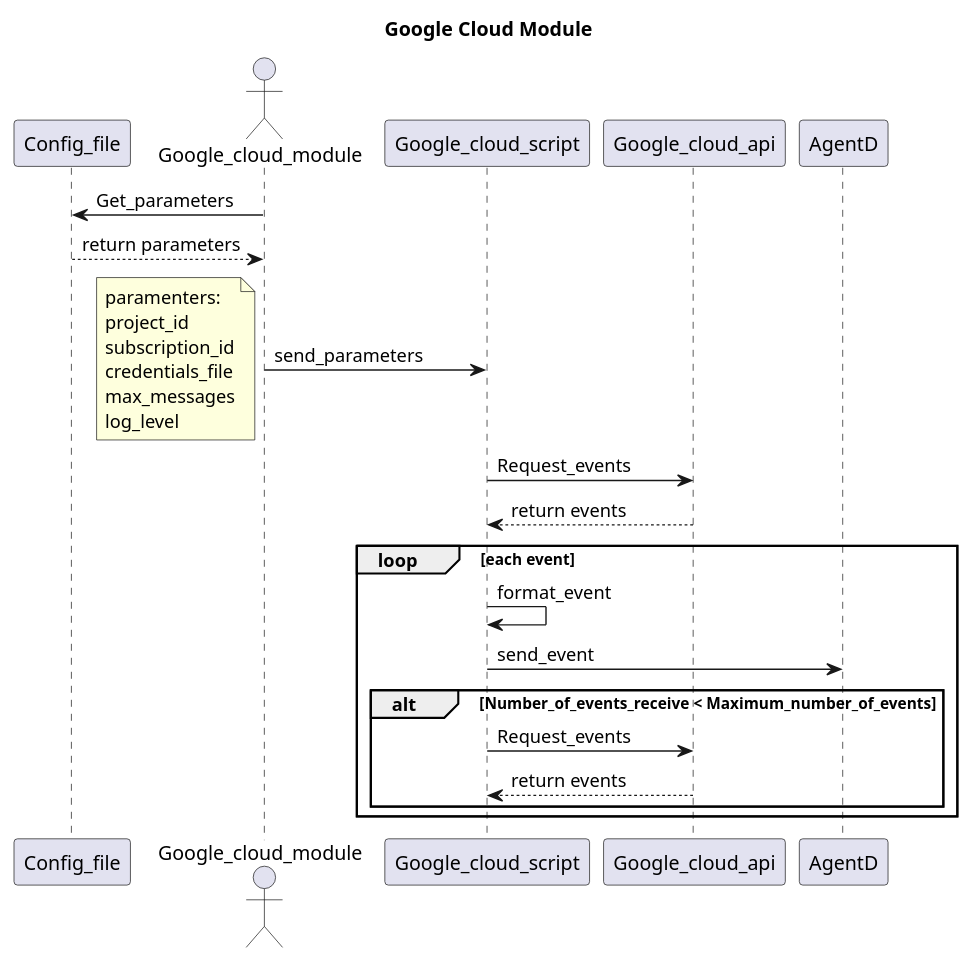
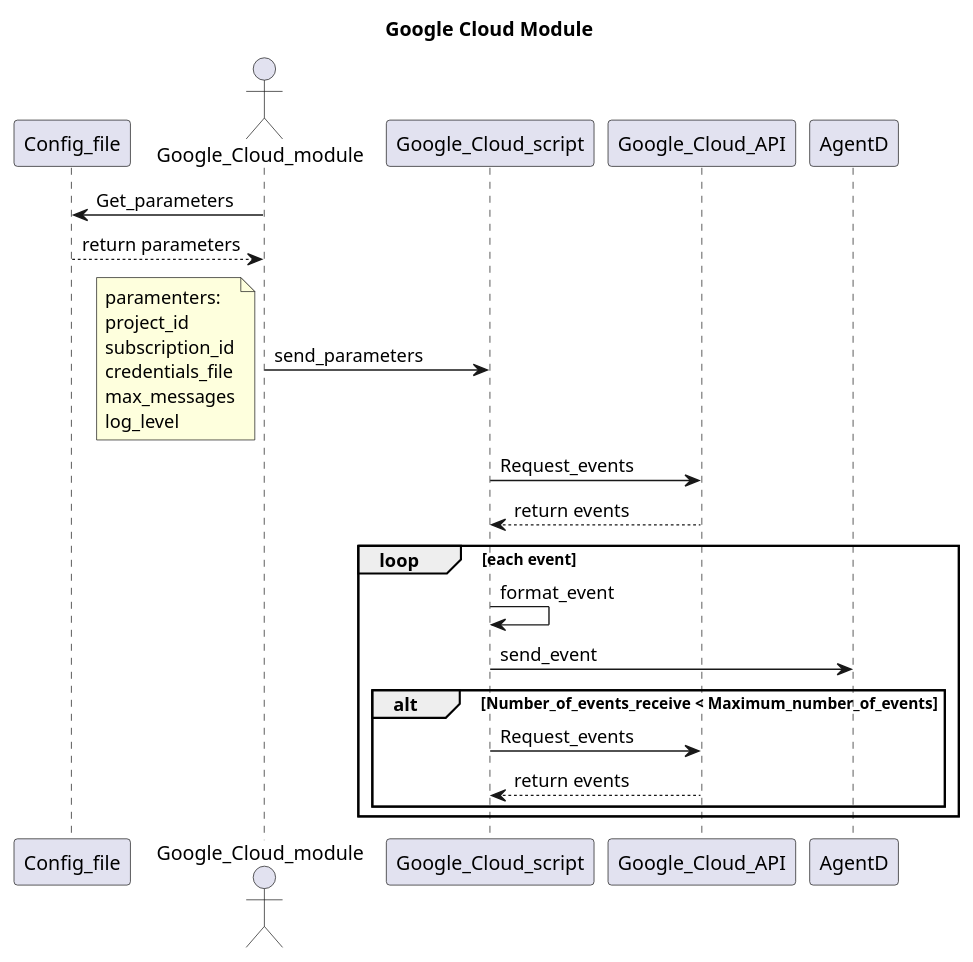
Before and after one commit to wazuh/wazuh-agent: the diagram in architecture/wm_gcp/001-sequence.puml, drawn with PlantUML. The commit also changed 1 other file, not shown here.

Commit message:
Minor fixes in sequence diagram and Readme

```diff
--- a/architecture/wm_gcp/001-sequence.puml
+++ b/architecture/wm_gcp/001-sequence.puml
@@ -5,36 +5,36 @@
 @startuml
 title Google Cloud Module
 
 participant Config_file
-actor Google_cloud_module
-participant Google_cloud_script
-participant Google_cloud_api
+actor Google_Cloud_module
+participant Google_Cloud_script
+participant Google_Cloud_API
 participant AgentD
 
-Google_cloud_module->Config_file: Get_parameters
-Config_file --> Google_cloud_module: return parameters
+Google_Cloud_module->Config_file: Get_parameters
+Config_file --> Google_Cloud_module: return parameters
 
-Google_cloud_module -> Google_cloud_script: send_parameters
+Google_Cloud_module -> Google_Cloud_script: send_parameters
 note left 
 paramenters:
 project_id
 subscription_id
 credentials_file
 max_messages
 log_level
 end note
 
-Google_cloud_script -> Google_cloud_api: Request_events
-Google_cloud_api --> Google_cloud_script: return events
+Google_Cloud_script -> Google_Cloud_API: Request_events
+Google_Cloud_API --> Google_Cloud_script: return events
 
 loop each event
-    Google_cloud_script -> Google_cloud_script: format_event
-    Google_cloud_script -> AgentD: send_event
+    Google_Cloud_script -> Google_Cloud_script: format_event
+    Google_Cloud_script -> AgentD: send_event
 
     alt Number_of_events_receive < Maximum_number_of_events
-        Google_cloud_script -> Google_cloud_api: Request_events
-        Google_cloud_api --> Google_cloud_script: return events
+        Google_Cloud_script -> Google_Cloud_API: Request_events
+        Google_Cloud_API --> Google_Cloud_script: return events
     end
 end
 
 @enduml
```
